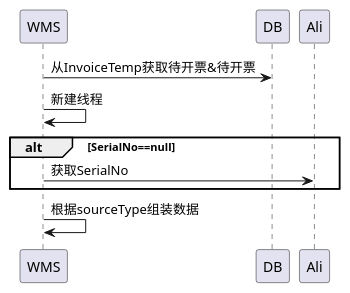
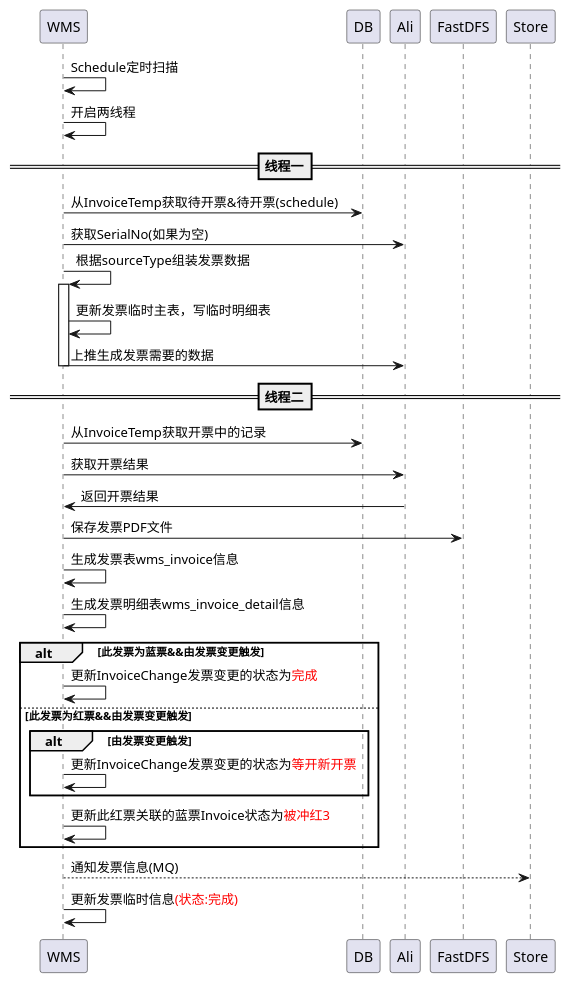
Before and after one commit to newbigTech/myDesignPattern: the diagram in uml/wms/invoice_produce.puml, drawn with PlantUML. The commit also changed 7 other files, not shown here.

Commit message:
uml图

```diff
--- a/uml/wms/invoice_produce.puml
+++ b/uml/wms/invoice_produce.puml
@@ -1,13 +1,41 @@
 @startuml
 
 participant WMS as wms
 participant DB as db
 participant Ali as ali
+participant FastDFS as dfs
+participant Store as store
 
-wms->db:从InvoiceTemp获取待开票&待开票
-wms->wms:新建线程
-alt SerialNo==null
-wms->ali:获取SerialNo
+wms->wms:Schedule定时扫描
+wms->wms:开启两线程
+==线程一==
+wms->db:从InvoiceTemp获取待开票&待开票(schedule)
+wms->ali:获取SerialNo(如果为空)
+
+wms->wms:根据sourceType组装发票数据
+activate wms
+wms->wms:更新发票临时主表，写临时明细表
+wms->ali:上推生成发票需要的数据
+deactivate wms
+
+==线程二==
+wms->db:从InvoiceTemp获取开票中的记录
+wms->ali:获取开票结果
+wms<-ali:返回开票结果
+wms->dfs:保存发票PDF文件
+wms->wms:生成发票表wms_invoice信息
+wms->wms:生成发票明细表wms_invoice_detail信息
+
+alt 此发票为蓝票&&由发票变更触发
+    wms->wms:更新InvoiceChange发票变更的状态为<font color=red>完成
+else 此发票为红票&&由发票变更触发
+    alt 由发票变更触发
+        wms->wms:更新InvoiceChange发票变更的状态为<font color=red>等开新开票
+    end
+    wms->wms:更新此红票关联的蓝票Invoice状态为<font color=red>被冲红3
 end
-wms->wms:根据sourceType组装数据
+
+wms-->store:通知发票信息(MQ)
+
+wms->wms:更新发票临时信息<font color=red>(状态:完成)
 @enduml
```
